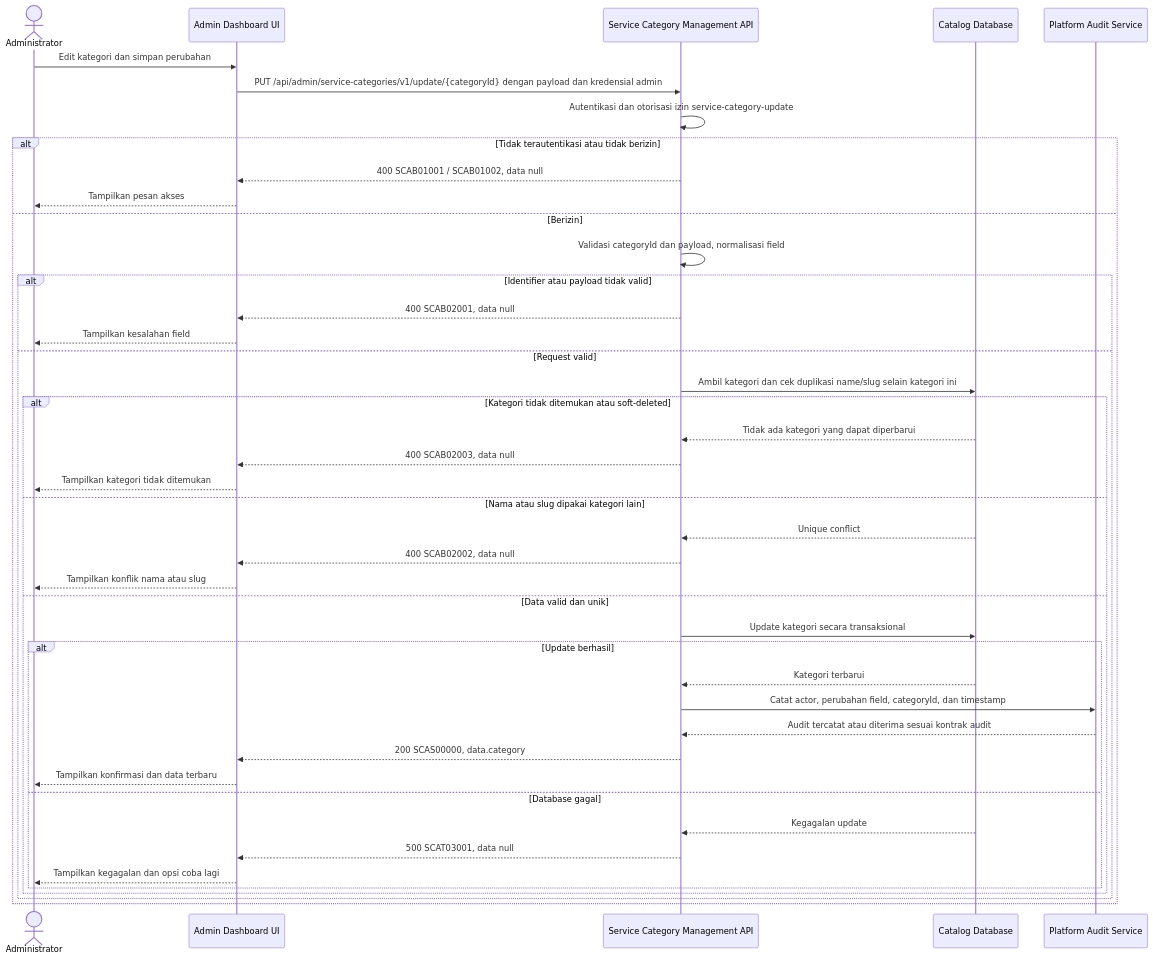
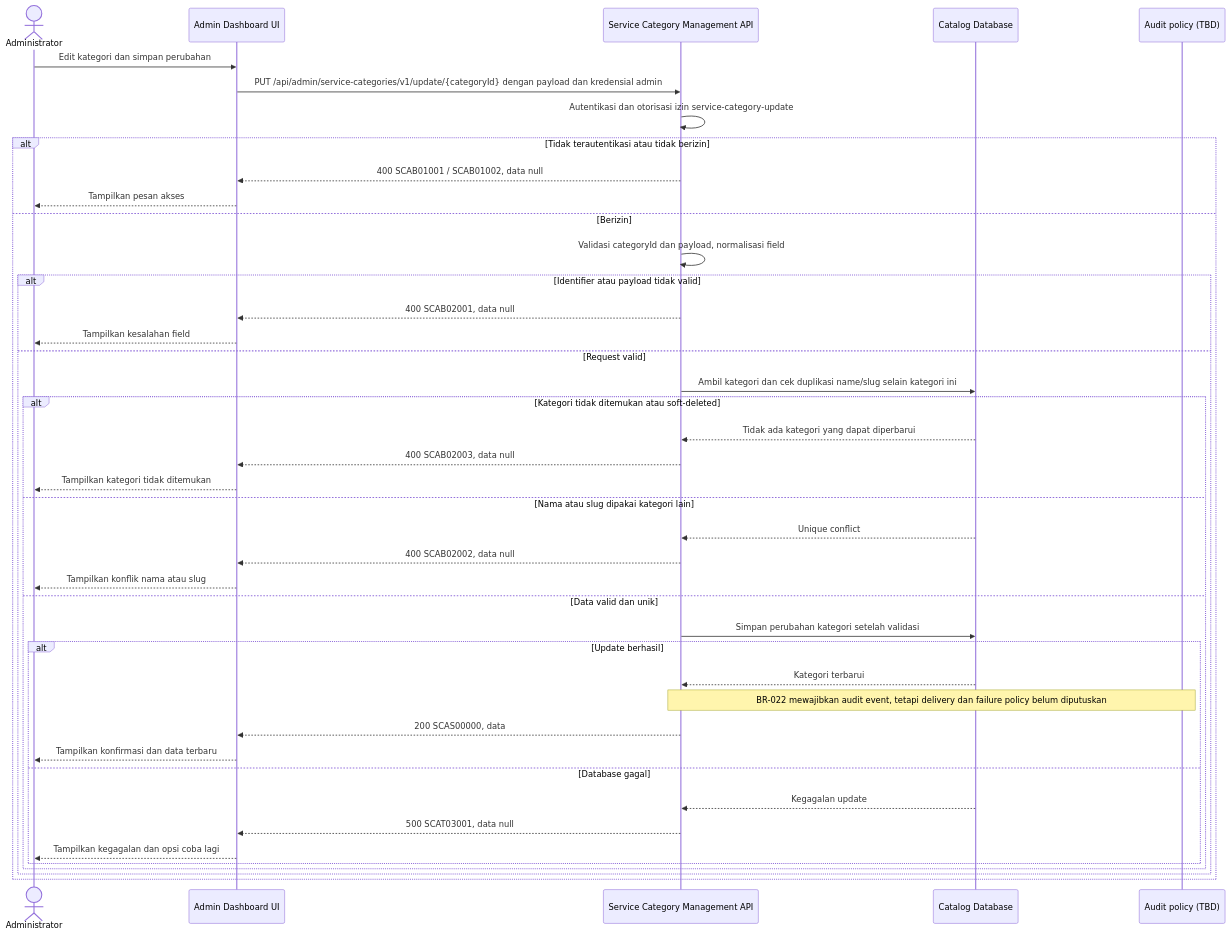
Before and after one commit to fatihmuhamadridho/docs-game-service-platform: the diagram in sprint-2/solutioning/dashboard/service-categories/update-service-category.md, drawn with Mermaid. The commit also changed other lines of this file and 65 other files, not shown here.

````diff
--- a/sprint-2/solutioning/dashboard/service-categories/update-service-category.md
+++ b/sprint-2/solutioning/dashboard/service-categories/update-service-category.md
@@ -14,45 +16,44 @@
 ```mermaid
 sequenceDiagram
     actor Admin as Administrator
     participant UI as Admin Dashboard UI
     participant API as Service Category Management API
     participant DB as Catalog Database
-    participant Audit as Platform Audit Service
+    participant Audit as Audit policy (TBD)
     Admin->>UI: Edit kategori dan simpan perubahan
     UI->>API: PUT /api/admin/service-categories/v1/update/{categoryId} dengan payload dan kredensial admin
     API->>API: Autentikasi dan otorisasi izin service-category-update
     alt Tidak terautentikasi atau tidak berizin
         API-->>UI: 400 SCAB01001 / SCAB01002, data null
         UI-->>Admin: Tampilkan pesan akses
     else Berizin
         API->>API: Validasi categoryId dan payload, normalisasi field
         alt Identifier atau payload tidak valid
             API-->>UI: 400 SCAB02001, data null
             UI-->>Admin: Tampilkan kesalahan field
         else Request valid
             API->>DB: Ambil kategori dan cek duplikasi name/slug selain kategori ini
             alt Kategori tidak ditemukan atau soft-deleted
                 DB-->>API: Tidak ada kategori yang dapat diperbarui
                 API-->>UI: 400 SCAB02003, data null
                 UI-->>Admin: Tampilkan kategori tidak ditemukan
             else Nama atau slug dipakai kategori lain
                 DB-->>API: Unique conflict
                 API-->>UI: 400 SCAB02002, data null
                 UI-->>Admin: Tampilkan konflik nama atau slug
             else Data valid dan unik
-                API->>DB: Update kategori secara transaksional
+                API->>DB: Simpan perubahan kategori setelah validasi
                 alt Update berhasil
                     DB-->>API: Kategori terbarui
-                    API->>Audit: Catat actor, perubahan field, categoryId, dan timestamp
-                    Audit-->>API: Audit tercatat atau diterima sesuai kontrak audit
-                    API-->>UI: 200 SCAS00000, data.category
+                    Note over API,Audit: BR-022 mewajibkan audit event, tetapi delivery dan failure policy belum diputuskan
+                    API-->>UI: 200 SCAS00000, data
                     UI-->>Admin: Tampilkan konfirmasi dan data terbaru
                 else Database gagal
                     DB-->>API: Kegagalan update
                     API-->>UI: 500 SCAT03001, data null
                     UI-->>Admin: Tampilkan kegagalan dan opsi coba lagi
                 end
             end
         end
     end
 ```
````
